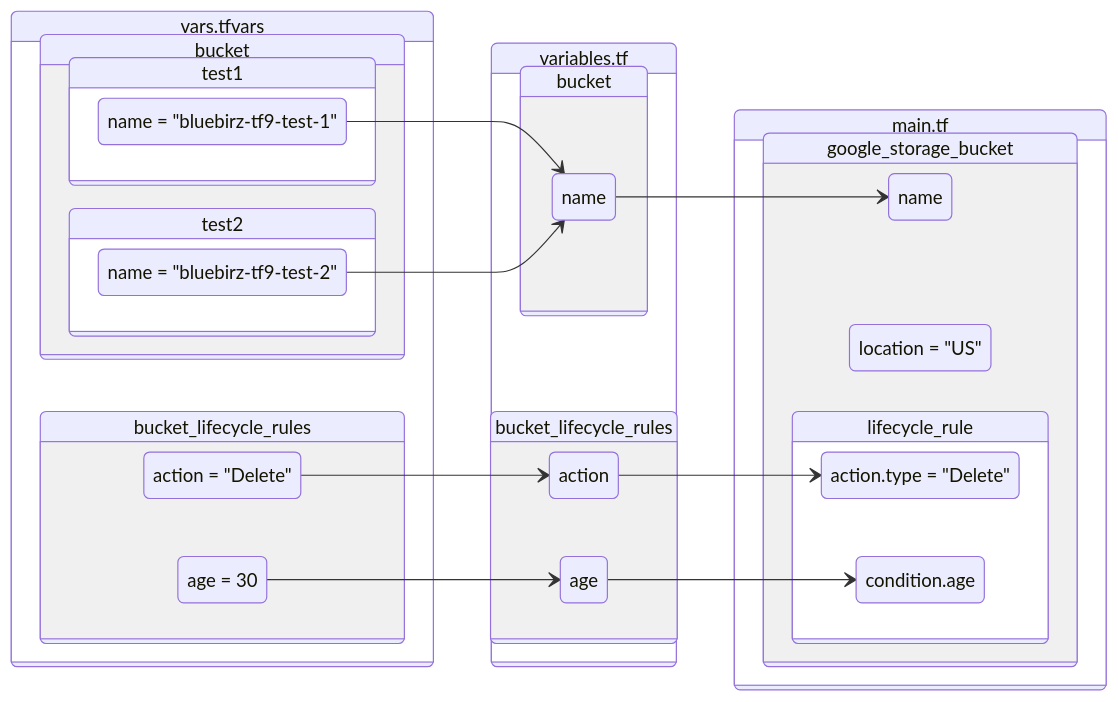
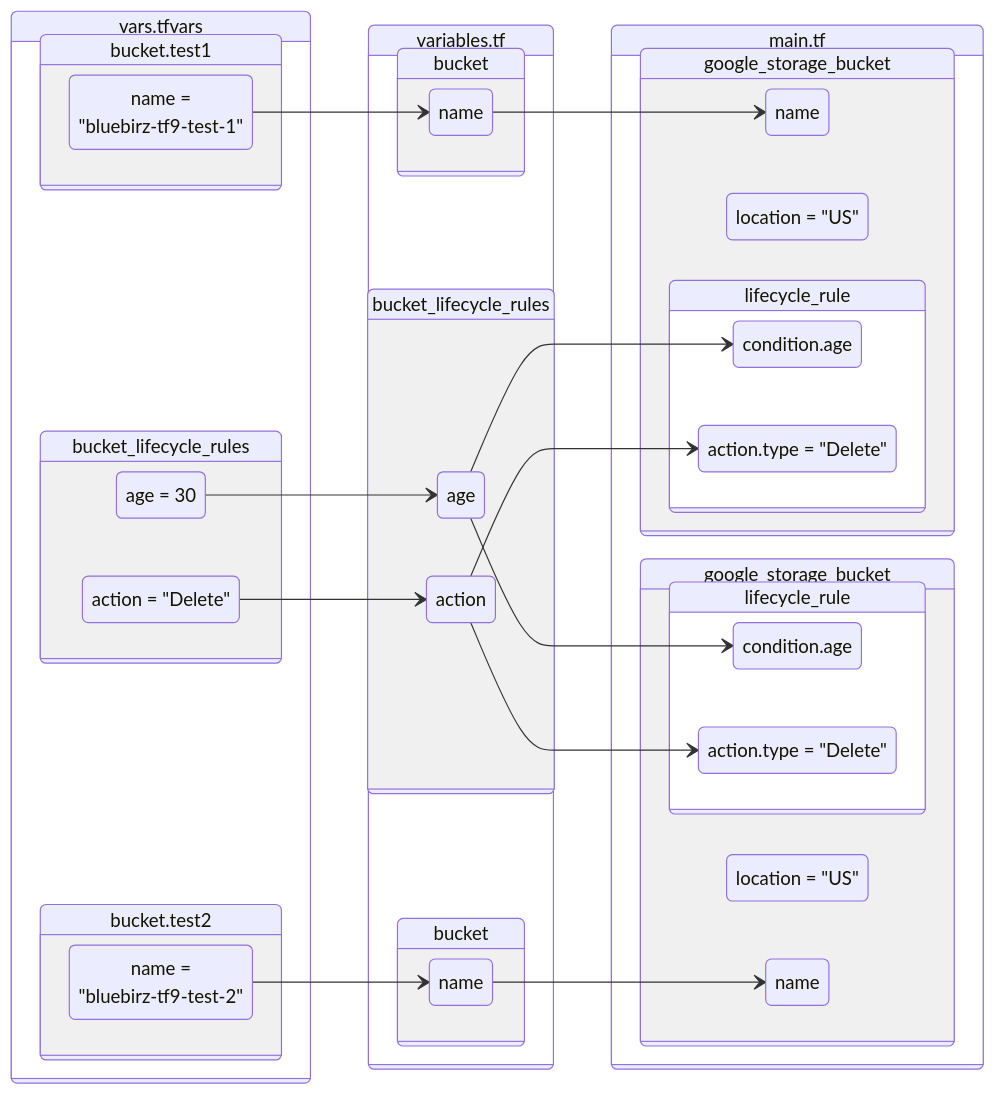
One commit to bluebirz/bluebirz.github.io changed the second of 2 diagrams in _drafts/2025-tf9.md. Above: the diagram before and after it, drawn with Mermaid.

Commit message:
update diagram

````diff
--- a/_drafts/2025-tf9.md
+++ b/_drafts/2025-tf9.md
@@ -374,49 +374,67 @@
 ```mermaid
 ---
 config:
   layout: 
 ---
 stateDiagram-v2
     direction LR 
     state "main.tf" as main {
-        state "google_storage_bucket" as gcs {
-            state "name" as name
-            state "location = &quot;US&quot;" as location
-            state "lifecycle_rule" as lc {
-                state "action.type = &quot;Delete&quot;" as action
-                state "condition.age" as condition
+        state "google_storage_bucket" as gcs1 {
+            state "name" as gcs1name
+            state "location = &quot;US&quot;" as gcs1location
+            state "lifecycle_rule" as gcs1lc {
+                state "condition.age" as gcs1condition
+                state "action.type = &quot;Delete&quot;" as gcs1action
             }
+        }
+        state "google_storage_bucket" as gcs2 {
+            state "lifecycle_rule" as gcs2lc {
+                state "condition.age" as gcs2condition
+                state "action.type = &quot;Delete&quot;" as gcs2action
+            }
+            state "location = &quot;US&quot;" as gcs2location
+            state "name" as gcs2name
         }
     }
     state "variables.tf" as vartf {
-        state "bucket" as varbucket {
-            state "name" as varname
+        state "bucket" as varbucket1 {
+            state "name" as varbucket1name
+        }
+        state "bucket" as varbucket2 {
+            state "name" as varbucket2name
         }
         state "bucket_lifecycle_rules" as varlc {
             state "age" as varage
             state "action" as varaction
         }
     }
     state "vars.tfvars" as tfvars {
-        state "bucket" as valbucket {
-            state "test1" as test1 {
-                state "name = &quot;bluebirz-tf9-test-1&quot;" as test1_name
-            }
-            state "test2" as test2 {
-                state "name = &quot;bluebirz-tf9-test-2&quot;" as test2_name
-            }
+        state "bucket.test1" as valbuckettest1 {
+            state "name =<br/>&quot;bluebirz-tf9-test-1&quot;" as valbuckettest1name
+        }
+        state "bucket.test2" as valbuckettest2 {
+            state "name =<br/>&quot;bluebirz-tf9-test-2&quot;" as valbuckettest2name
         }
         state "bucket_lifecycle_rules" as vallc {
             state "age    = 30" as valage
             state "action = &quot;Delete&quot;" as valact
         }
     }
 
-    varname --> name
-    varage --> condition
-    varaction --> action
-    test1_name --> varname
-    test2_name --> varname
+    %% vardel --> condition
+    %% varname --> name
+    %% test1_name --> varname
+    %% test2_name --> varname
+    %% test2_del --> vardel
+
+    valbuckettest1name --> varbucket1name
+    valbuckettest2name --> varbucket2name
+    varbucket1name --> gcs1name
+    varbucket2name --> gcs2name
     valage --> varage
     valact --> varaction
+    varage --> gcs1condition
+    varaction --> gcs1action
+    varage --> gcs2condition
+    varaction --> gcs2action
 ```
````
